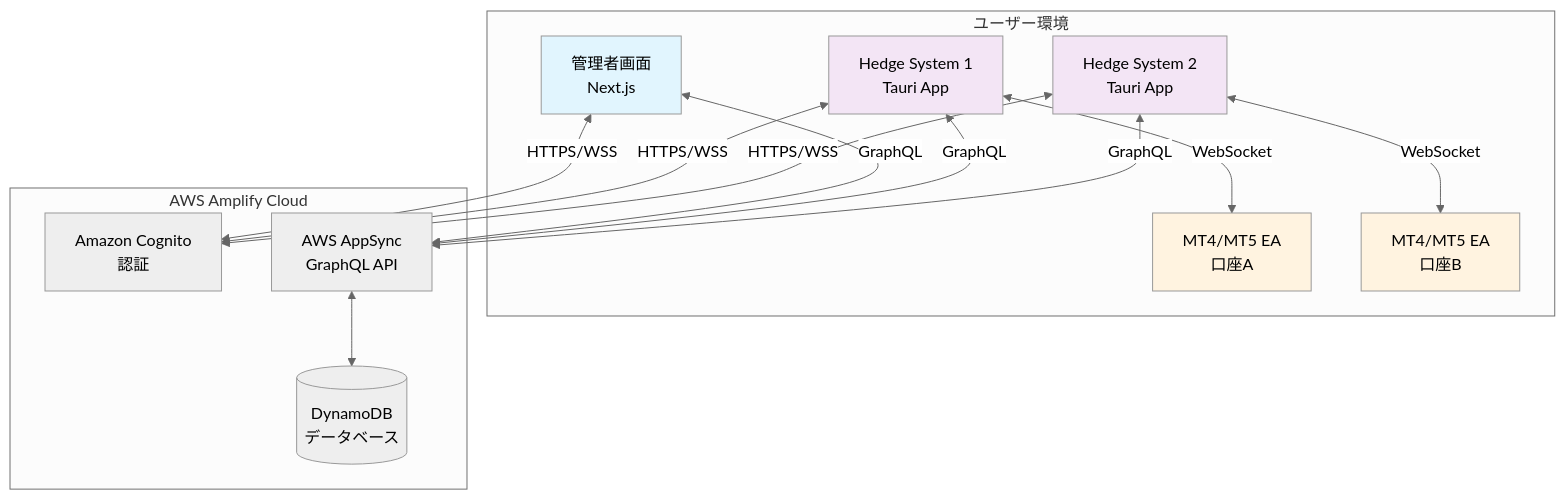
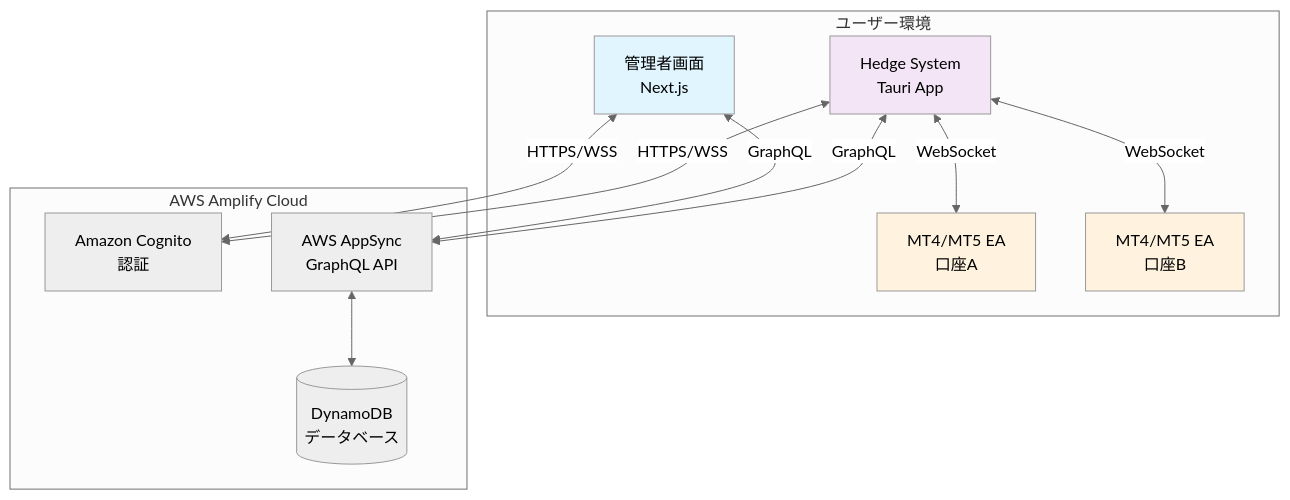
One commit to rnrnstar2/ArbitrageAssistant changed the first of 16 diagrams in MVPシステム設計.md. Above: the diagram before and after it, drawn with Mermaid (neutral theme). The commit also changed other lines of this file and 111 other files, not shown here.

````diff
--- a/MVPシステム設計.md
+++ b/MVPシステム設計.md
@@ -9,30 +11,27 @@
 ```mermaid
 graph TB
     subgraph "ユーザー環境"
         Admin[管理者画面<br/>Next.js]
-        Client1[Hedge System 1<br/>Tauri App]
-        Client2[Hedge System 2<br/>Tauri App]
+        Client[Hedge System<br/>Tauri App]
         EA1[MT4/MT5 EA<br/>口座A]
         EA2[MT4/MT5 EA<br/>口座B]
     end
-    
+
     subgraph "AWS Amplify Cloud"
         Auth[Amazon Cognito<br/>認証]
         API[AWS AppSync<br/>GraphQL API]
         DB[(DynamoDB<br/>データベース)]
     end
-    
+
     Admin <-->|HTTPS/WSS| Auth
     Admin <-->|GraphQL| API
-    Client1 & Client2 <-->|HTTPS/WSS| Auth
-    Client1 & Client2 <-->|GraphQL| API
-    Client1 <-->|WebSocket| EA1
-    Client2 <-->|WebSocket| EA2
+    Client <-->|HTTPS/WSS| Auth
+    Client <-->|GraphQL| API
+    Client <-->|WebSocket| EA1 & EA2
     API <--> DB
-    
+
     style Admin fill:#e1f5fe
-    style Client1 fill:#f3e5f5
-    style Client2 fill:#f3e5f5
+    style Client fill:#f3e5f5
     style EA1 fill:#fff3e0
     style EA2 fill:#fff3e0
 ```
````
